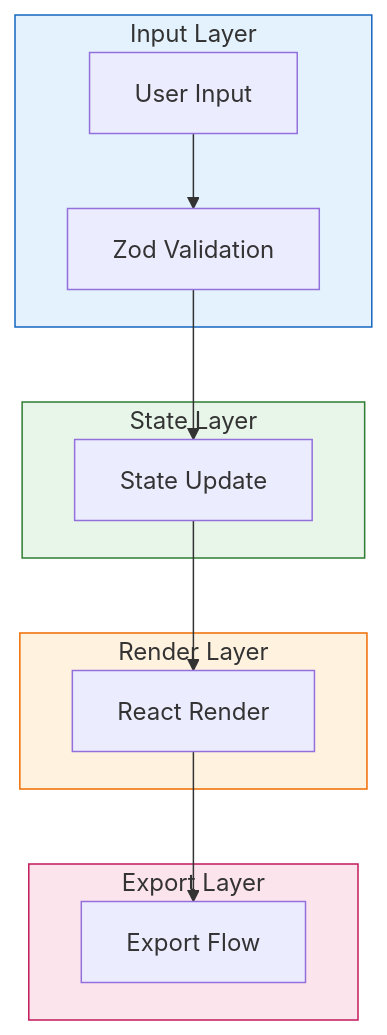
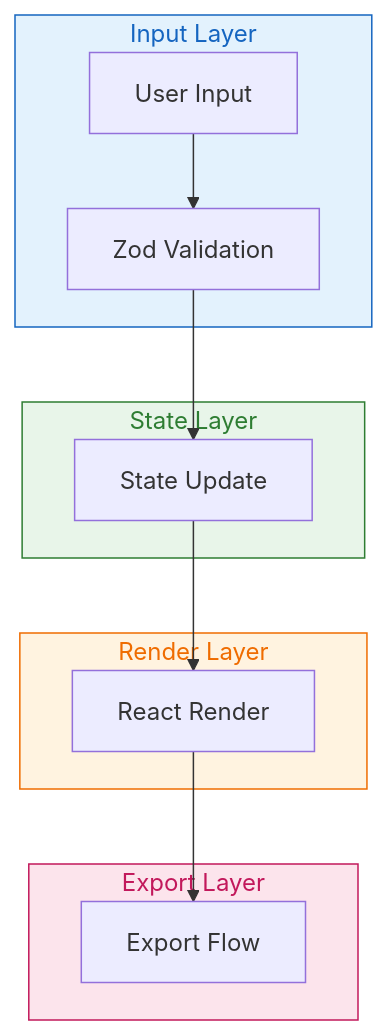
The third of 4 diagrams in README.md (girishlade111/lade-slides-studio), drawn with Mermaid before and after one commit. The commit also changed other lines of this file, not shown here.

Commit message:
docs: add white text color to Mermaid diagrams in System Architecture

````diff
--- a/README.md
+++ b/README.md
@@ -128,23 +128,23 @@
 ```mermaid
 flowchart TB
     subgraph InputLayer["Input Layer"]
         UserInput[User Input] --> Validate[Zod Validation]
     end
 
     subgraph StateLayer["State Layer"]
         Validate --> Update[State Update]
     end
 
     subgraph RenderLayer["Render Layer"]
         Update --> Render[React Render]
     end
 
     subgraph ExportLayer["Export Layer"]
         Render --> ExportFlow[Export Flow]
     end
 
-    style InputLayer fill:#e3f2fd,stroke:#1565c0
-    style StateLayer fill:#e8f5e9,stroke:#2e7d32
-    style RenderLayer fill:#fff3e0,stroke:#ef6c00
-    style ExportLayer fill:#fce4ec,stroke:#c2185b
+    style InputLayer fill:#e3f2fd,stroke:#1565c0,color:#1565c0
+    style StateLayer fill:#e8f5e9,stroke:#2e7d32,color:#2e7d32
+    style RenderLayer fill:#fff3e0,stroke:#ef6c00,color:#ef6c00
+    style ExportLayer fill:#fce4ec,stroke:#c2185b,color:#c2185b
 ```
````
